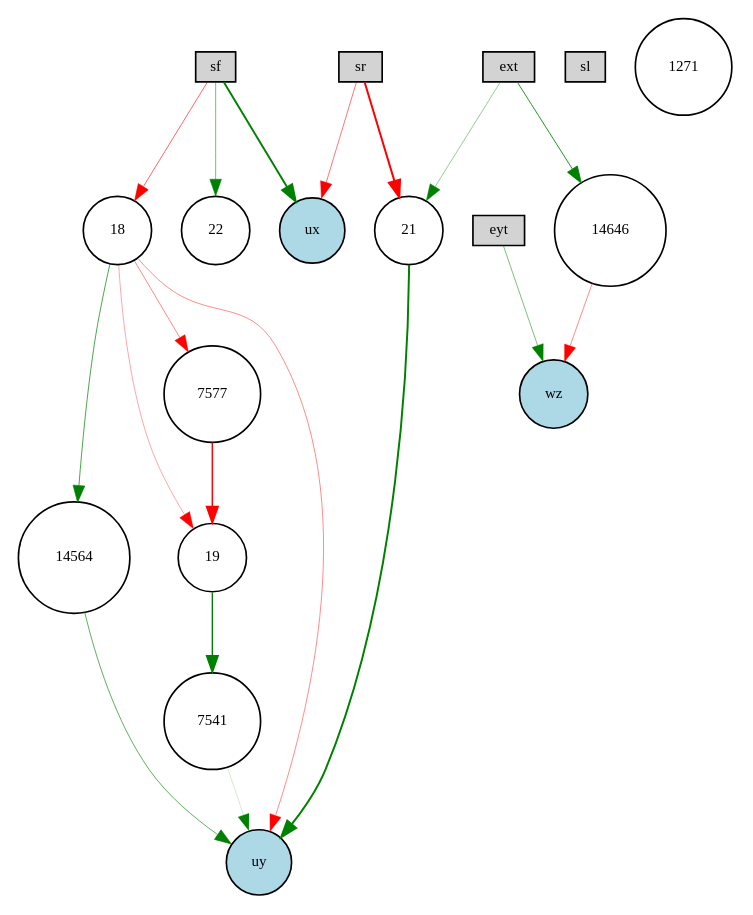
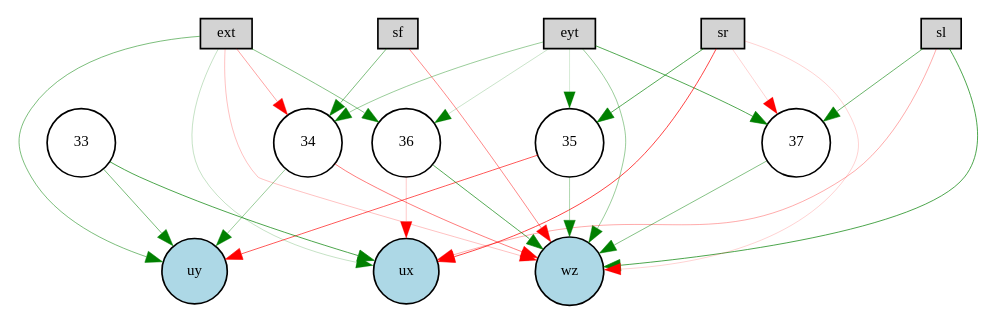
The diagram in pictures/winner-feedforward-enabled.gv (KaiL4eK/autopilot_simulator), drawn with Graphviz before and after one commit. The commit also changed 9 other files, not shown here.

```diff
--- a/pictures/winner-feedforward-enabled.gv
+++ b/pictures/winner-feedforward-enabled.gv
@@ -1,38 +1,44 @@
 digraph {
 	node [fontsize=9 height=0.2 shape=circle width=0.2]
 	ext [fillcolor=lightgray shape=box style=filled]
 	eyt [fillcolor=lightgray shape=box style=filled]
 	sf [fillcolor=lightgray shape=box style=filled]
 	sl [fillcolor=lightgray shape=box style=filled]
 	sr [fillcolor=lightgray shape=box style=filled]
 	ux [fillcolor=lightblue style=filled]
 	uy [fillcolor=lightblue style=filled]
 	wz [fillcolor=lightblue style=filled]
-	14564 [fillcolor=white style=filled]
-	18 [fillcolor=white style=filled]
-	19 [fillcolor=white style=filled]
-	21 [fillcolor=white style=filled]
-	22 [fillcolor=white style=filled]
-	14646 [fillcolor=white style=filled]
-	7541 [fillcolor=white style=filled]
-	7577 [fillcolor=white style=filled]
-	1271 [fillcolor=white style=filled]
-	sr -> ux [color=red penwidth=0.32596846937603585 style=solid]
-	14646 -> wz [color=red penwidth=0.26655597327543645 style=solid]
-	sf -> 18 [color=red penwidth=0.35506785056532153 style=solid]
-	ext -> 21 [color=green penwidth=0.24983895389489993 style=solid]
-	7541 -> uy [color=green penwidth=0.10616075315724288 style=solid]
-	eyt -> wz [color=green penwidth=0.3067050683183168 style=solid]
-	ext -> 14646 [color=green penwidth=0.5061141299257766 style=solid]
-	sf -> 22 [color=green penwidth=0.32360828938902175 style=solid]
-	18 -> 19 [color=red penwidth=0.2119253081495788 style=solid]
-	sf -> ux [color=green penwidth=1.1490594064385515 style=solid]
-	14564 -> uy [color=green penwidth=0.3824545898066207 style=solid]
-	18 -> uy [color=red penwidth=0.2706785797408001 style=solid]
-	19 -> 7541 [color=green penwidth=0.8273764257475117 style=solid]
-	18 -> 7577 [color=red penwidth=0.27746941382370627 style=solid]
-	sr -> 21 [color=red penwidth=1.2130404141952609 style=solid]
-	21 -> uy [color=green penwidth=1.1819578524063292 style=solid]
-	7577 -> 19 [color=red penwidth=0.8752131176867743 style=solid]
-	18 -> 14564 [color=green penwidth=0.41950002250762153 style=solid]
+	35 [fillcolor=white style=filled]
+	36 [fillcolor=white style=filled]
+	37 [fillcolor=white style=filled]
+	33 [fillcolor=white style=filled]
+	34 [fillcolor=white style=filled]
+	sr -> ux [color=red penwidth=0.43883094619151697 style=solid]
+	eyt -> wz [color=green penwidth=0.24160920987310702 style=solid]
+	35 -> uy [color=red penwidth=0.3861535466267372 style=solid]
+	ext -> 36 [color=green penwidth=0.28515593279044255 style=solid]
+	ext -> ux [color=green penwidth=0.14255098095218316 style=solid]
+	eyt -> 35 [color=green penwidth=0.10072252561200136 style=solid]
+	ext -> wz [color=red penwidth=0.14523654600680602 style=solid]
+	35 -> wz [color=green penwidth=0.18990469092241202 style=solid]
+	sl -> wz [color=green penwidth=0.41893037419815216 style=solid]
+	sf -> 34 [color=green penwidth=0.30565812315111274 style=solid]
+	sl -> ux [color=red penwidth=0.19811080218607147 style=solid]
+	34 -> wz [color=red penwidth=0.31315771684293586 style=solid]
+	eyt -> 36 [color=green penwidth=0.13344221326465278 style=solid]
+	37 -> wz [color=green penwidth=0.2906920474555458 style=solid]
+	sr -> wz [color=red penwidth=0.11426997388430933 style=solid]
+	sl -> 37 [color=green penwidth=0.34633044541426594 style=solid]
+	ext -> uy [color=green penwidth=0.30956823590462396 style=solid]
+	eyt -> 34 [color=green penwidth=0.23500424477368367 style=solid]
+	34 -> uy [color=green penwidth=0.23662512609982841 style=solid]
+	33 -> uy [color=green penwidth=0.3206143571714114 style=solid]
+	ext -> 34 [color=red penwidth=0.21521780920395897 style=solid]
+	sf -> wz [color=red penwidth=0.2781473019587396 style=solid]
+	eyt -> 37 [color=green penwidth=0.40752791579759506 style=solid]
+	sr -> 37 [color=red penwidth=0.11140393208824789 style=solid]
+	36 -> wz [color=green penwidth=0.4013647422997233 style=solid]
+	33 -> ux [color=green penwidth=0.4218397776708419 style=solid]
+	sr -> 35 [color=green penwidth=0.40061718036582594 style=solid]
+	36 -> ux [color=red penwidth=0.125414781868812 style=solid]
 }
```
